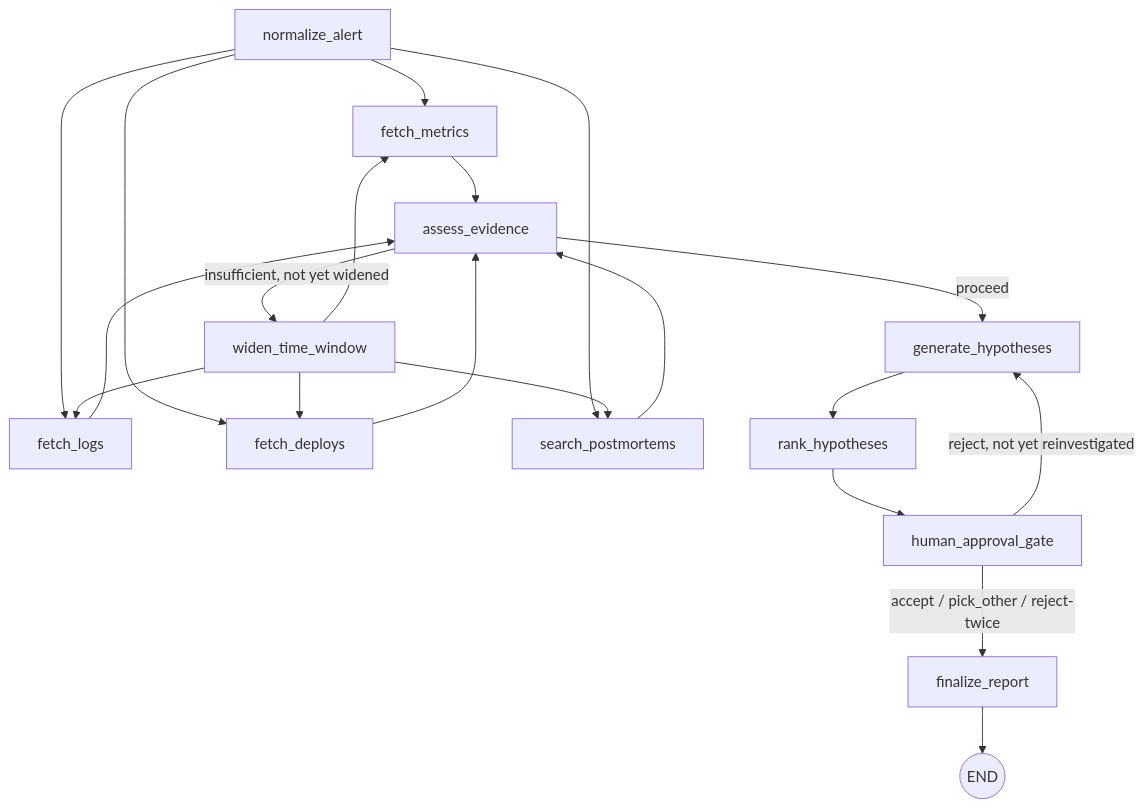
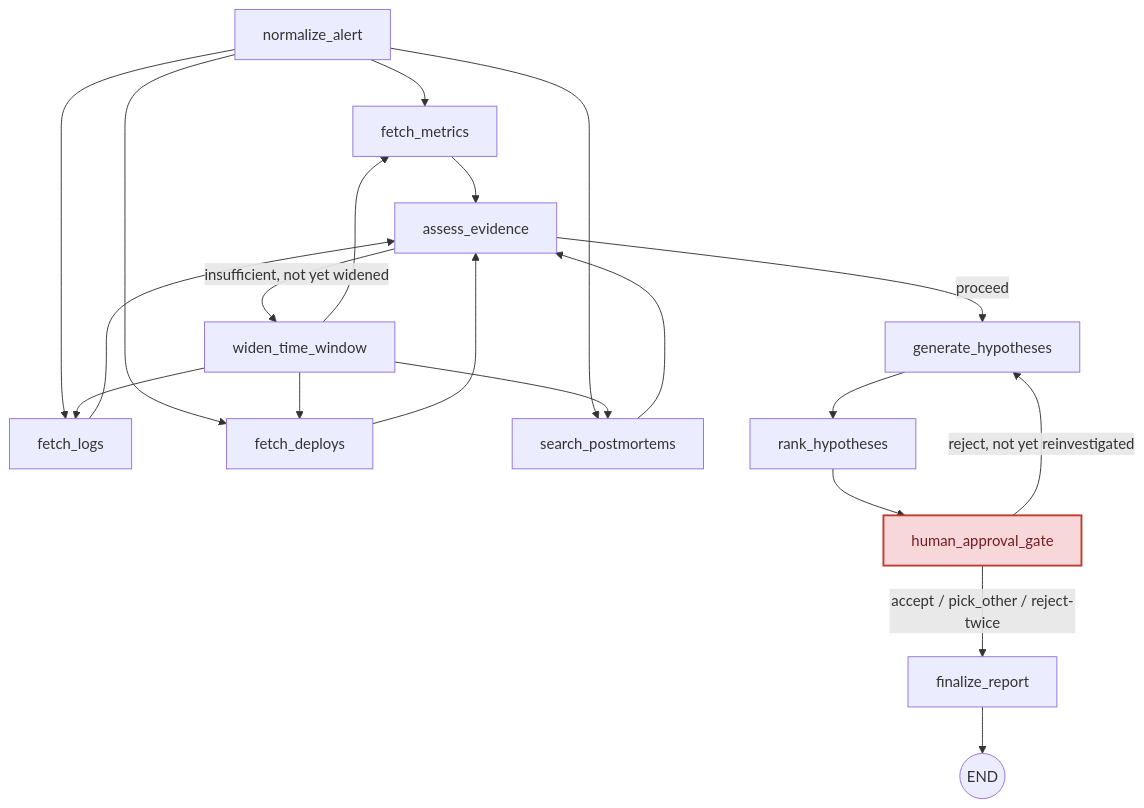
The diagram in README.md (sankarchidam/triagegraph), drawn with Mermaid before and after one commit.

Commit message:
Highlight human_approval_gate in red in the architecture diagram
It's the one node that's a deliberate no-op pause point (interrupt_before)
rather than doing real work -- worth visually calling out as distinct from
the rest of the graph.

````diff
--- a/README.md
+++ b/README.md
@@ -29,22 +29,24 @@
 ```mermaid
 flowchart TD
     normalize_alert --> fetch_metrics
     normalize_alert --> fetch_logs
     normalize_alert --> fetch_deploys
     normalize_alert --> search_postmortems
     widen_time_window --> fetch_metrics
     widen_time_window --> fetch_logs
     widen_time_window --> fetch_deploys
     widen_time_window --> search_postmortems
     fetch_metrics --> assess_evidence
     fetch_logs --> assess_evidence
     fetch_deploys --> assess_evidence
     search_postmortems --> assess_evidence
     assess_evidence -- insufficient, not yet widened --> widen_time_window
     assess_evidence -- proceed --> generate_hypotheses
     generate_hypotheses --> rank_hypotheses
     rank_hypotheses --> human_approval_gate
     human_approval_gate -- reject, not yet reinvestigated --> generate_hypotheses
     human_approval_gate -- accept / pick_other / reject-twice --> finalize_report
     finalize_report --> END((END))
+
+    style human_approval_gate fill:#f8d7da,stroke:#c0392b,stroke-width:2px,color:#721c24
 ```
````
